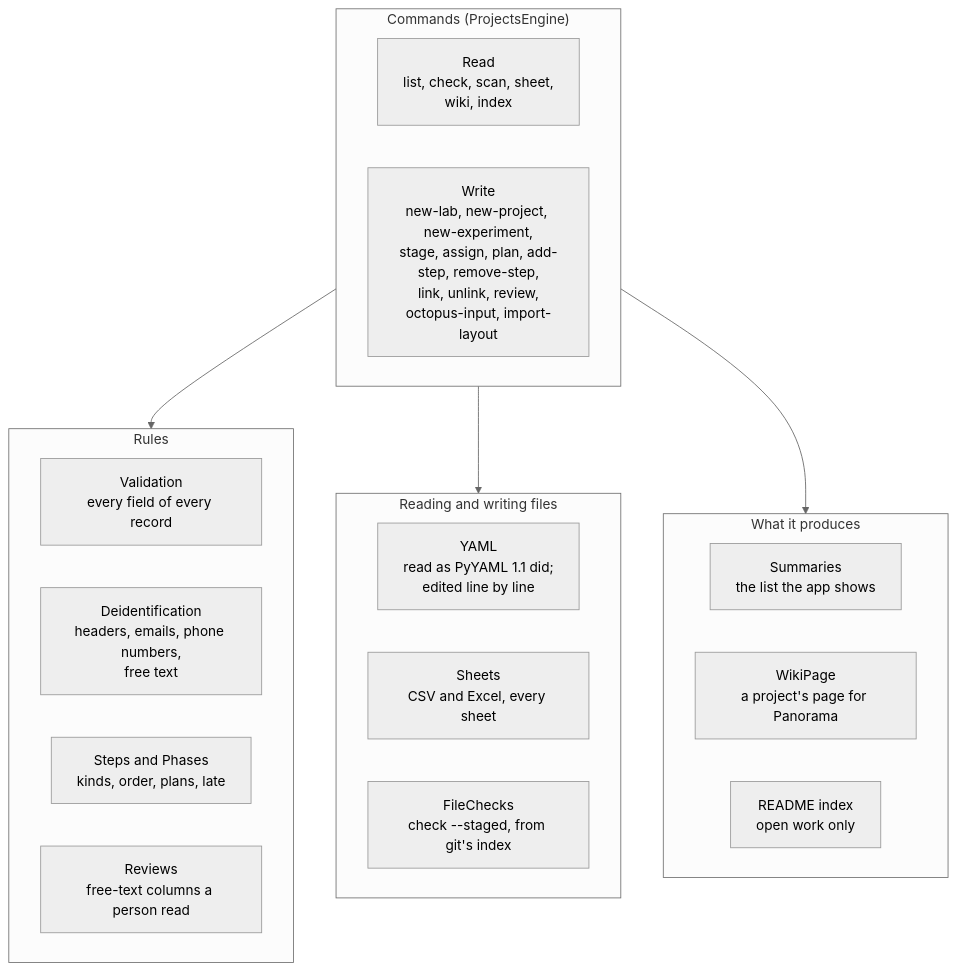
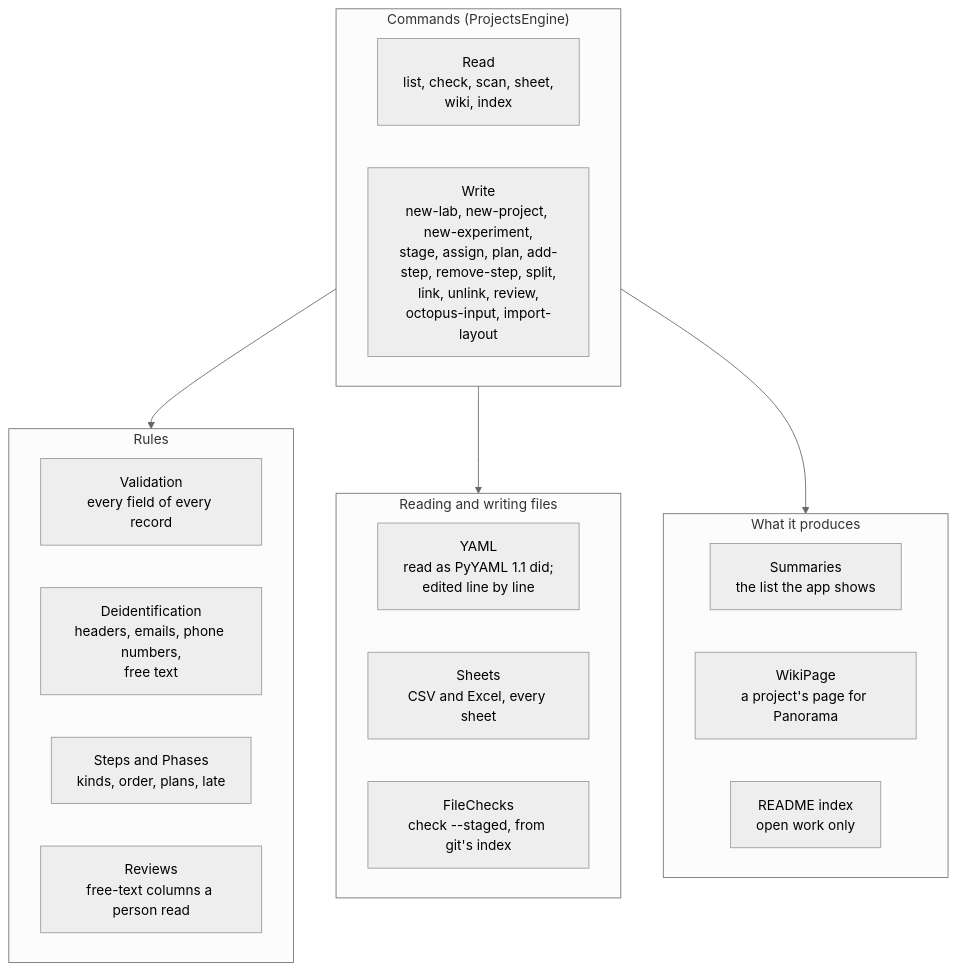
The fifth of 11 diagrams in docs/engines.md (uw-maccosslab/LabOps), drawn with Mermaid (neutral theme) before and after one commit. The commit also changed other lines of this file and 21 other files, not shown here.

````diff
--- a/docs/engines.md
+++ b/docs/engines.md
@@ -166,30 +172,30 @@
 ```mermaid
 flowchart TB
     subgraph commands["Commands (ProjectsEngine)"]
         read["Read<br/>list, check, scan, sheet,<br/>wiki, index"]
-        write["Write<br/>new-lab, new-project, new-experiment,<br/>stage, assign, plan, add-step, remove-step,<br/>link, unlink, review,<br/>octopus-input, import-layout"]
+        write["Write<br/>new-lab, new-project, new-experiment,<br/>stage, assign, plan, add-step, remove-step, split,<br/>link, unlink, review,<br/>octopus-input, import-layout"]
     end
 
     subgraph rules["Rules"]
         validation["Validation<br/>every field of every record"]
         deid["Deidentification<br/>headers, emails, phone numbers,<br/>free text"]
         steps["Steps and Phases<br/>kinds, order, plans, late"]
         reviews["Reviews<br/>free-text columns a person read"]
     end
 
     subgraph files["Reading and writing files"]
         yaml["YAML<br/>read as PyYAML 1.1 did;<br/>edited line by line"]
         sheets["Sheets<br/>CSV and Excel, every sheet"]
         git["FileChecks<br/>check --staged, from git's index"]
     end
 
     subgraph outputs["What it produces"]
         summaries["Summaries<br/>the list the app shows"]
         wikipage["WikiPage<br/>a project's page for Panorama"]
         readme["README index<br/>open work only"]
     end
 
     commands --> rules
     commands --> files
     commands --> outputs
 ```
````
